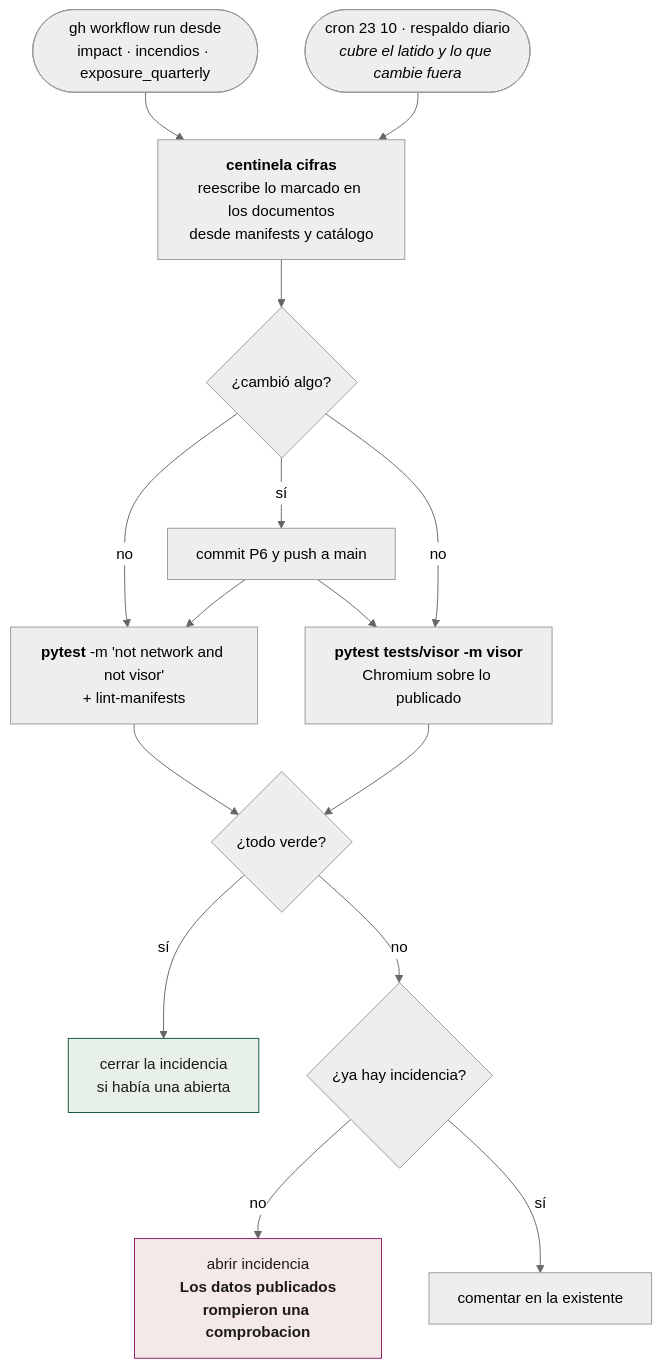
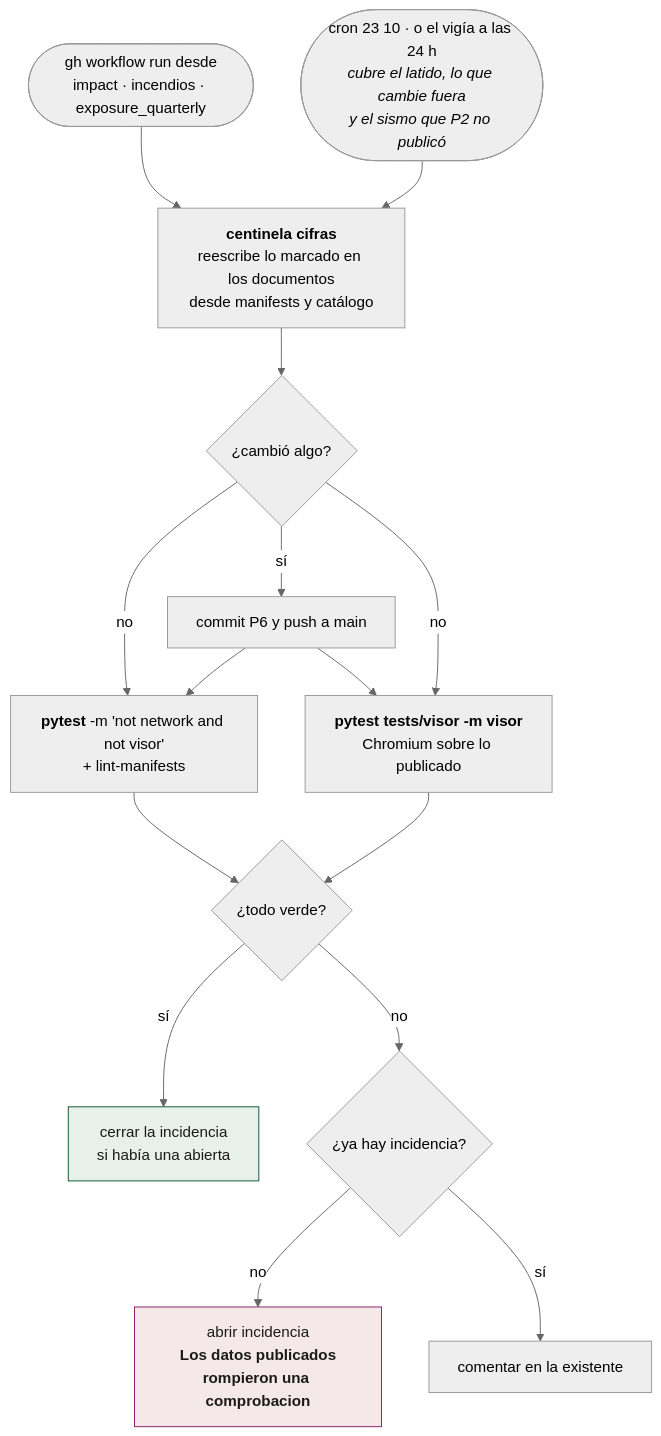
Before and after one commit to sforero77/CENTINELA: diagram 14 of 15 in docs/acciones/por-reloj.md, drawn with Mermaid (neutral theme). The commit also changed other lines of this file and 20 other files, not shown here.

````diff
--- a/docs/acciones/por-reloj.md
+++ b/docs/acciones/por-reloj.md
@@ -594,24 +633,24 @@
 ```mermaid
 flowchart TB
   D(["gh workflow run desde<br/>impact · incendios · exposure_quarterly"]) --> CIF
-  R(["cron 23 10 · respaldo diario<br/><i>cubre el latido y lo que cambie fuera</i>"]) --> CIF
+  R(["cron 23 10 · o el vigía a las 24 h<br/><i>cubre el latido, lo que cambie fuera<br/>y el sismo que P2 no publicó</i>"]) --> CIF
 
   CIF["<b>centinela cifras</b><br/>reescribe lo marcado en los documentos<br/>desde manifests y catálogo"] --> CAMBIO{"¿cambió algo?"}
   CAMBIO -->|sí| PUSH["commit P6 y push a main"]
   CAMBIO -->|no| SUITE
   PUSH --> SUITE
 
   SUITE["<b>pytest</b> -m 'not network and not visor'<br/>+ lint-manifests"]
   PUSH --> VIS["<b>pytest tests/visor -m visor</b><br/>Chromium sobre lo publicado"]
   CAMBIO -->|no| VIS
 
   SUITE --> M{"¿todo verde?"}
   VIS --> M
   M -->|sí| CIERRA["cerrar la incidencia<br/>si había una abierta"]
   M -->|no| DEDUP{"¿ya hay incidencia?"}
   DEDUP -->|no| NUEVA["abrir incidencia<br/><b>Los datos publicados<br/>rompieron una comprobacion</b>"]
   DEDUP -->|sí| COMENT["comentar en la existente"]
 
   style NUEVA fill:#f4e8e8,stroke:#8c1d64,color:#1c1b1a
   style CIERRA fill:#e8f0ea,stroke:#0f5636,color:#1c1b1a
 ```
````
